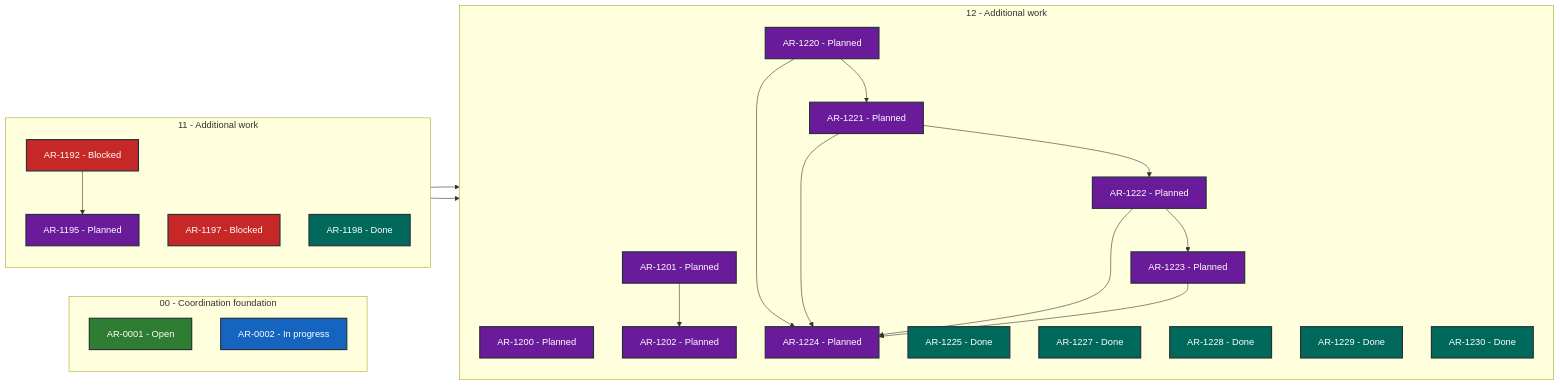
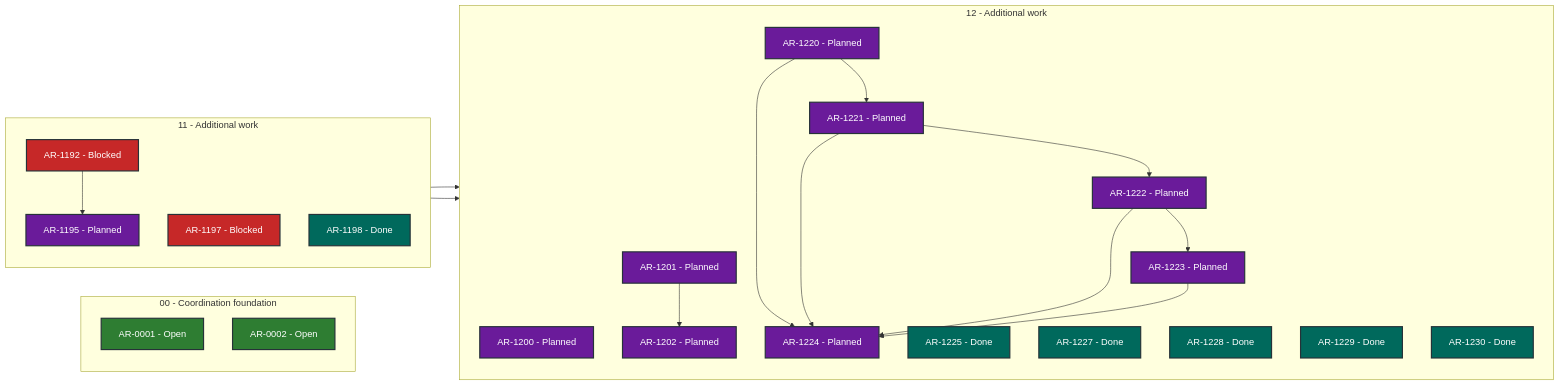
Before and after one commit to martin-beck/asb-tui-state: the diagram in STATUS.md, drawn with Mermaid. The commit also changed other lines of this file and 2 other files, not shown here.

````diff
--- a/STATUS.md
+++ b/STATUS.md
@@ -27,50 +27,50 @@
 ```mermaid
 flowchart LR
     subgraph series_00["00 - Coordination foundation"]
         direction TB
         AR_0001["AR-0001 - Open"]:::status_open
-        AR_0002["AR-0002 - In progress"]:::status_in_progress
+        AR_0002["AR-0002 - Open"]:::status_open
     end
     subgraph series_11["11 - Additional work"]
         direction TB
         AR_1192["AR-1192 - Blocked"]:::status_blocked
         AR_1195["AR-1195 - Planned"]:::status_planned
         AR_1197["AR-1197 - Blocked"]:::status_blocked
         AR_1198["AR-1198 - Done"]:::status_done
     end
     subgraph series_12["12 - Additional work"]
         direction TB
         AR_1200["AR-1200 - Planned"]:::status_planned
         AR_1201["AR-1201 - Planned"]:::status_planned
         AR_1202["AR-1202 - Planned"]:::status_planned
         AR_1220["AR-1220 - Planned"]:::status_planned
         AR_1221["AR-1221 - Planned"]:::status_planned
         AR_1222["AR-1222 - Planned"]:::status_planned
         AR_1223["AR-1223 - Planned"]:::status_planned
         AR_1224["AR-1224 - Planned"]:::status_planned
         AR_1225["AR-1225 - Done"]:::status_done
         AR_1227["AR-1227 - Done"]:::status_done
         AR_1228["AR-1228 - Done"]:::status_done
         AR_1229["AR-1229 - Done"]:::status_done
         AR_1230["AR-1230 - Done"]:::status_done
     end
     AR_1192 --> AR_1195
     AR_1195 --> AR_1200
     AR_1197 --> AR_1201
     AR_1201 --> AR_1202
     AR_1220 --> AR_1221
     AR_1220 --> AR_1224
     AR_1221 --> AR_1222
     AR_1221 --> AR_1224
     AR_1222 --> AR_1223
     AR_1222 --> AR_1224
     AR_1223 --> AR_1224
     classDef status_in_progress fill:#1565c0,color:#ffffff,stroke:#263238,stroke-width:2px
     classDef status_open fill:#2e7d32,color:#ffffff,stroke:#263238,stroke-width:2px
     classDef status_blocked fill:#c62828,color:#ffffff,stroke:#263238,stroke-width:2px
     classDef status_planned fill:#6a1b9a,color:#ffffff,stroke:#263238,stroke-width:2px
     classDef status_future fill:#455a64,color:#ffffff,stroke:#263238,stroke-width:2px
     classDef status_done fill:#00695c,color:#ffffff,stroke:#263238,stroke-width:2px
     classDef status_cancelled fill:#616161,color:#ffffff,stroke:#263238,stroke-width:2px
     classDef status_superseded fill:#5d4037,color:#ffffff,stroke:#263238,stroke-width:2px
 ```
````
